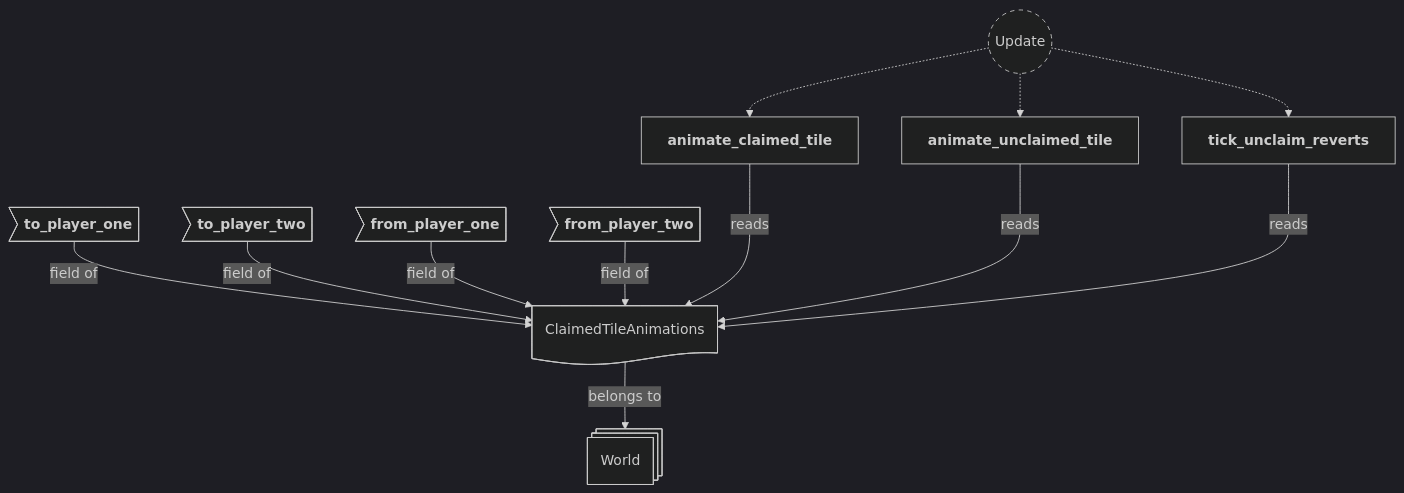
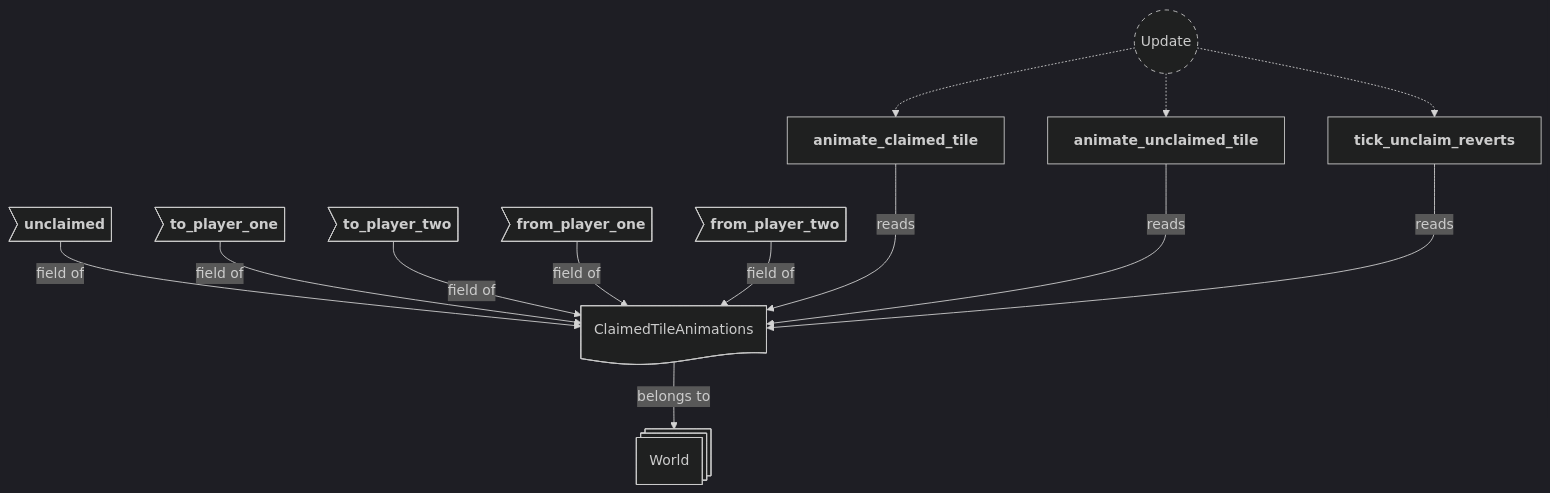
Diagram 11 of 20 in backlog/docs/doc-5 - 004-Animations-plugin.md (neurosoup/tyled), drawn with Mermaid before and after one commit. The commit also changed other lines of this file, not shown here.

````diff
--- a/backlog/docs/doc-5 - 004-Animations-plugin.md
+++ b/backlog/docs/doc-5 - 004-Animations-plugin.md
@@ -447,36 +415,38 @@
 ```mermaid
 ---
 config:
   theme: dark
 ---
 
 flowchart TD
 classDef system-group stroke-dasharray: 5 5
 
 update(("`Update`")):::system-group
 animate_claimed_tile["`**animate_claimed_tile**`"]
 animate_unclaimed_tile["`**animate_unclaimed_tile**`"]
 tick_unclaim_reverts["`**tick_unclaim_reverts**`"]
 
 update -.-> animate_claimed_tile
 update -.-> animate_unclaimed_tile
 update -.-> tick_unclaim_reverts
 
 world@{ shape: st-rect, label: "World" }
 ct_anims_res@{ shape: doc, label: "ClaimedTileAnimations" }
 
+ct_anims_unclaimed>"`**unclaimed**`"]
 ct_anims_to1>"`**to_player_one**`"]
 ct_anims_to2>"`**to_player_two**`"]
 ct_anims_from1>"`**from_player_one**`"]
 ct_anims_from2>"`**from_player_two**`"]
 
 ct_anims_res --> |belongs to| world
+ct_anims_unclaimed --> |field of| ct_anims_res
 ct_anims_to1 --> |field of| ct_anims_res
 ct_anims_to2 --> |field of| ct_anims_res
 ct_anims_from1 --> |field of| ct_anims_res
 ct_anims_from2 --> |field of| ct_anims_res
 
 animate_claimed_tile ---> |reads| ct_anims_res
 animate_unclaimed_tile ---> |reads| ct_anims_res
 tick_unclaim_reverts ---> |reads| ct_anims_res
 ```
````
